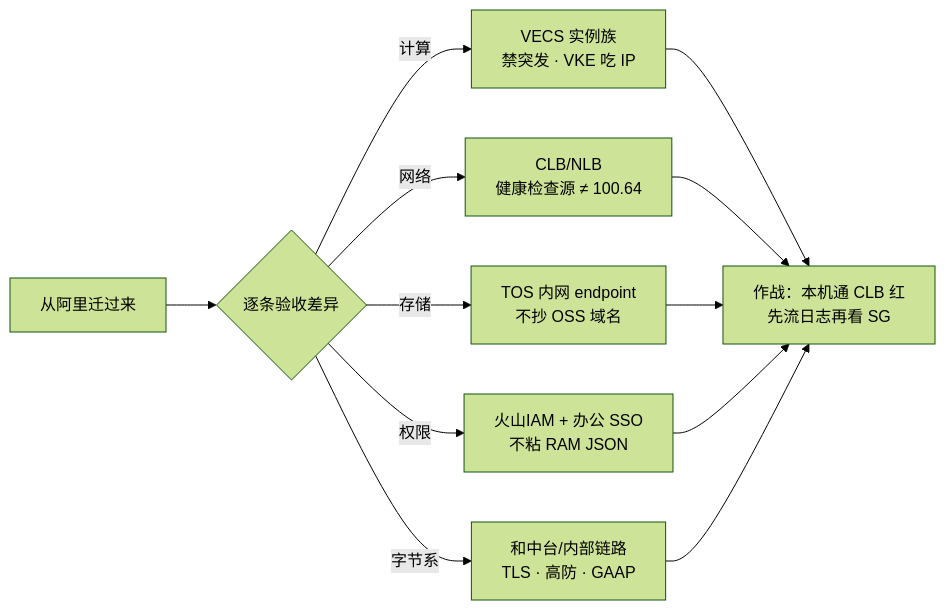
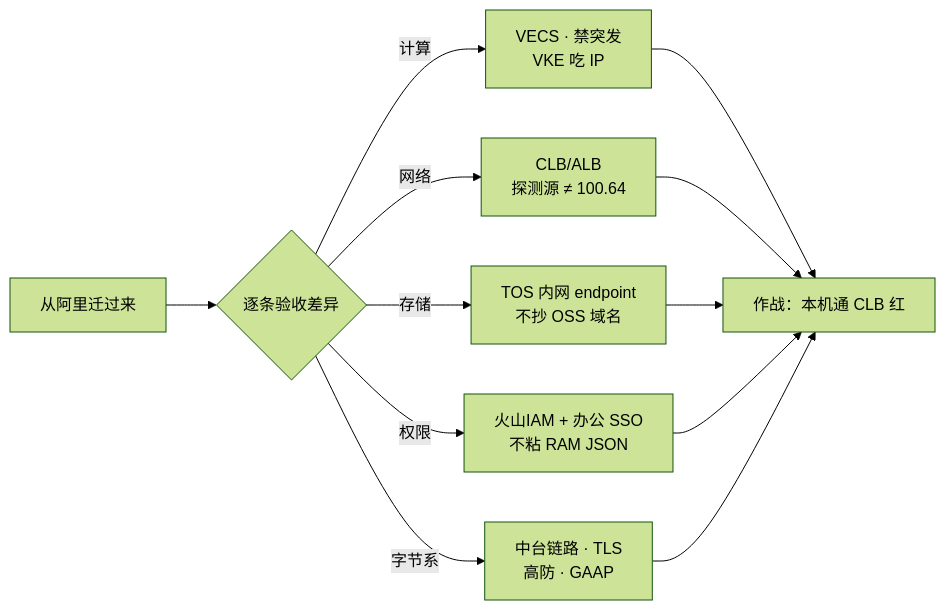
The first of 5 diagrams in 06-云平台/08-火山引擎生产/知识点.md (ml-cuizijun/LearnToLilith), drawn with Mermaid (forest theme) before and after one commit. The commit also changed other lines of this file and 178 other files, not shown here.

````diff
--- a/06-云平台/08-火山引擎生产/知识点.md
+++ b/06-云平台/08-火山引擎生产/知识点.md
@@ -25,14 +16,14 @@
 ```mermaid
 flowchart LR
     MIG["从阿里迁过来"] --> CHK{"逐条验收差异"}
-    CHK -->|计算| VEC["VECS 实例族<br/>禁突发 · VKE 吃 IP"]
-    CHK -->|网络| NET["CLB/NLB<br/>健康检查源 ≠ 100.64"]
+    CHK -->|计算| VEC["VECS · 禁突发<br/>VKE 吃 IP"]
+    CHK -->|网络| NET["CLB/ALB<br/>探测源 ≠ 100.64"]
     CHK -->|存储| TOS["TOS 内网 endpoint<br/>不抄 OSS 域名"]
     CHK -->|权限| IAM["火山IAM + 办公 SSO<br/>不粘 RAM JSON"]
-    CHK -->|字节系| BYT["和中台/内部链路<br/>TLS · 高防 · GAAP"]
-    VEC --> OPS["作战：本机通 CLB 红<br/>先流日志再看 SG"]
+    CHK -->|字节系| BYT["中台链路 · TLS<br/>高防 · GAAP"]
+    VEC --> OPS["作战：本机通 CLB 红"]
     NET --> OPS
     TOS --> OPS
     IAM --> OPS
     BYT --> OPS
 ```
````
